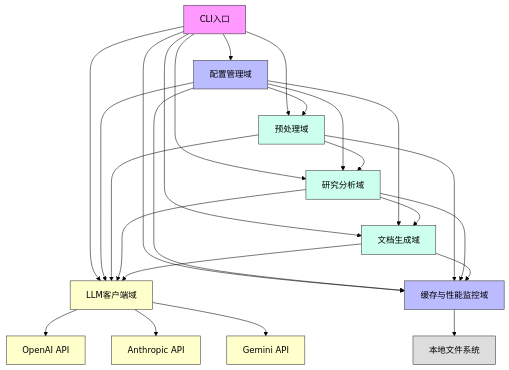
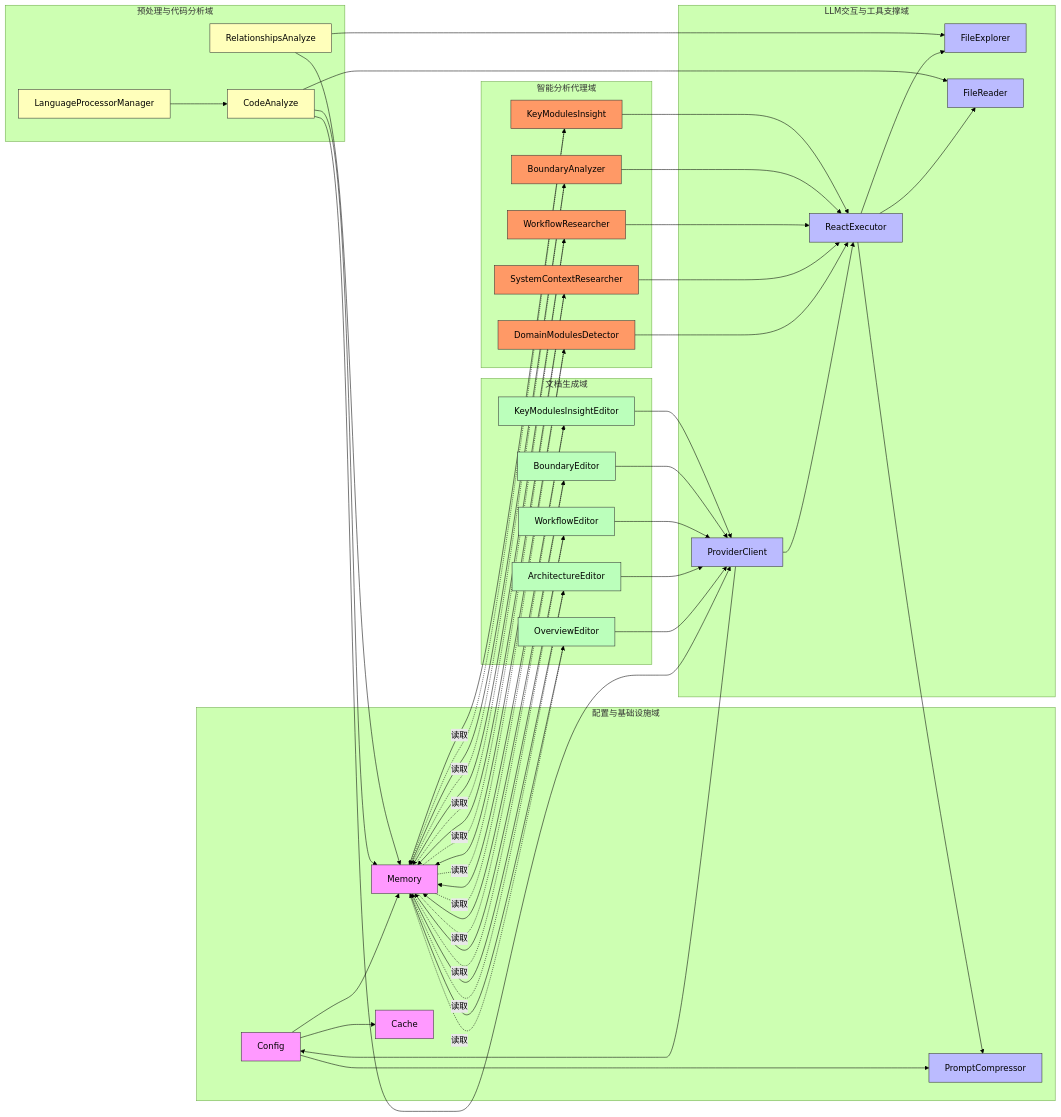
Before and after one commit to BigtoC/deepwiki-rs: the second of 6 diagrams in docs/2、架构概览.md, drawn with Mermaid (forest theme). The commit also changed other lines of this file and 12 other files, not shown here.

````diff
--- a/docs/2、架构概览.md
+++ b/docs/2、架构概览.md
@@ -114,56 +227,84 @@
 ```mermaid
-graph TD
-    A[CLI入口] --> B[配置管理域]
-    A --> C[预处理域]
-    A --> D[研究分析域]
-    A --> E[文档生成域]
-    A --> F[LLM客户端域]
-    A --> G[缓存与性能监控域]
+graph LR
+    subgraph 配置与基础设施域
+        Config --> Memory
+        Config --> Cache
+        Config --> PromptCompressor
+    end
 
-    B --> C
-    B --> D
-    B --> E
-    B --> F
-    B --> G
+    subgraph LLM交互与工具支撑域
+        ProviderClient --> ReactExecutor
+        ReactExecutor --> FileExplorer
+        ReactExecutor --> FileReader
+        ReactExecutor --> PromptCompressor
+        ProviderClient --> Config
+    end
 
-    C --> D
-    C --> F
-    C --> G
+    subgraph 预处理与代码分析域
+        LanguageProcessorManager --> CodeAnalyze
+        CodeAnalyze --> FileReader
+        CodeAnalyze --> ProviderClient
+        RelationshipsAnalyze --> FileExplorer
+        CodeAnalyze --> Memory
+        RelationshipsAnalyze --> Memory
+    end
 
-    D --> E
-    D --> F
-    D --> G
+    subgraph 智能分析代理域
+        DomainModulesDetector --> Memory
+        SystemContextResearcher --> Memory
+        WorkflowResearcher --> Memory
+        BoundaryAnalyzer --> Memory
+        KeyModulesInsight --> Memory
+        DomainModulesDetector --> ReactExecutor
+        SystemContextResearcher --> ReactExecutor
+        WorkflowResearcher --> ReactExecutor
+        BoundaryAnalyzer --> ReactExecutor
+        KeyModulesInsight --> ReactExecutor
+    end
 
-    E --> F
-    E --> G
+    subgraph 文档生成域
+        OverviewEditor --> Memory
+        ArchitectureEditor --> Memory
+        WorkflowEditor --> Memory
+        BoundaryEditor --> Memory
+        KeyModulesInsightEditor --> Memory
+        OverviewEditor --> ProviderClient
+        ArchitectureEditor --> ProviderClient
+        WorkflowEditor --> ProviderClient
+        BoundaryEditor --> ProviderClient
+        KeyModulesInsightEditor --> ProviderClient
+    end
 
-    F --> H[OpenAI API]
-    F --> I[Anthropic API]
-    F --> J[Gemini API]
+    Memory -.->|读取| DomainModulesDetector
+    Memory -.->|读取| SystemContextResearcher
+    Memory -.->|读取| WorkflowResearcher
+    Memory -.->|读取| BoundaryAnalyzer
+    Memory -.->|读取| KeyModulesInsight
+    Memory -.->|读取| OverviewEditor
+    Memory -.->|读取| ArchitectureEditor
+    Memory -.->|读取| WorkflowEditor
+    Memory -.->|读取| BoundaryEditor
+    Memory -.->|读取| KeyModulesInsightEditor
 
-    G --> K[本地文件系统]
-
-    style A fill:#f9f,stroke:#333
-    style B fill:#bbf,stroke:#333
-    style G fill:#bbf,stroke:#333
-    style C fill:#cfe,stroke:#333
-    style D fill:#cfe,stroke:#333
-    style E fill:#cfe,stroke:#333
-    style F fill:#ffc,stroke:#333
-    style H fill:#ffc,stroke:#333
-    style I fill:#ffc,stroke:#333
-    style J fill:#ffc,stroke:#333
-    style K fill:#ddd,stroke:#333
-
-    classDef infrastructure fill:#bbf,stroke:#333;
-    classDef core fill:#cfe,stroke:#333;
-    classDef tooling fill:#ffc,stroke:#333;
-    classDef external fill:#ddd,stroke:#333;
-    classDef entry fill:#f9f,stroke:#333;
-
-    class B,G infrastructure
-    class C,D,E core
-    class F,H,I,J tooling
-    class K external
-    class A entry
+    style Config fill:#f9f,stroke:#333
+    style ProviderClient fill:#bbf,stroke:#333
+    style ReactExecutor fill:#bbf,stroke:#333
+    style FileExplorer fill:#bbf,stroke:#333
+    style FileReader fill:#bbf,stroke:#333
+    style PromptCompressor fill:#bbf,stroke:#333
+    style Memory fill:#f9f,stroke:#333
+    style Cache fill:#f9f,stroke:#333
+    style LanguageProcessorManager fill:#ffb,stroke:#333
+    style CodeAnalyze fill:#ffb,stroke:#333
+    style RelationshipsAnalyze fill:#ffb,stroke:#333
+    style DomainModulesDetector fill:#f96,stroke:#333
+    style SystemContextResearcher fill:#f96,stroke:#333
+    style WorkflowResearcher fill:#f96,stroke:#333
+    style BoundaryAnalyzer fill:#f96,stroke:#333
+    style KeyModulesInsight fill:#f96,stroke:#333
+    style OverviewEditor fill:#bfb,stroke:#333
+    style ArchitectureEditor fill:#bfb,stroke:#333
+    style WorkflowEditor fill:#bfb,stroke:#333
+    style BoundaryEditor fill:#bfb,stroke:#333
+    style KeyModulesInsightEditor fill:#bfb,stroke:#333
 ```
````
